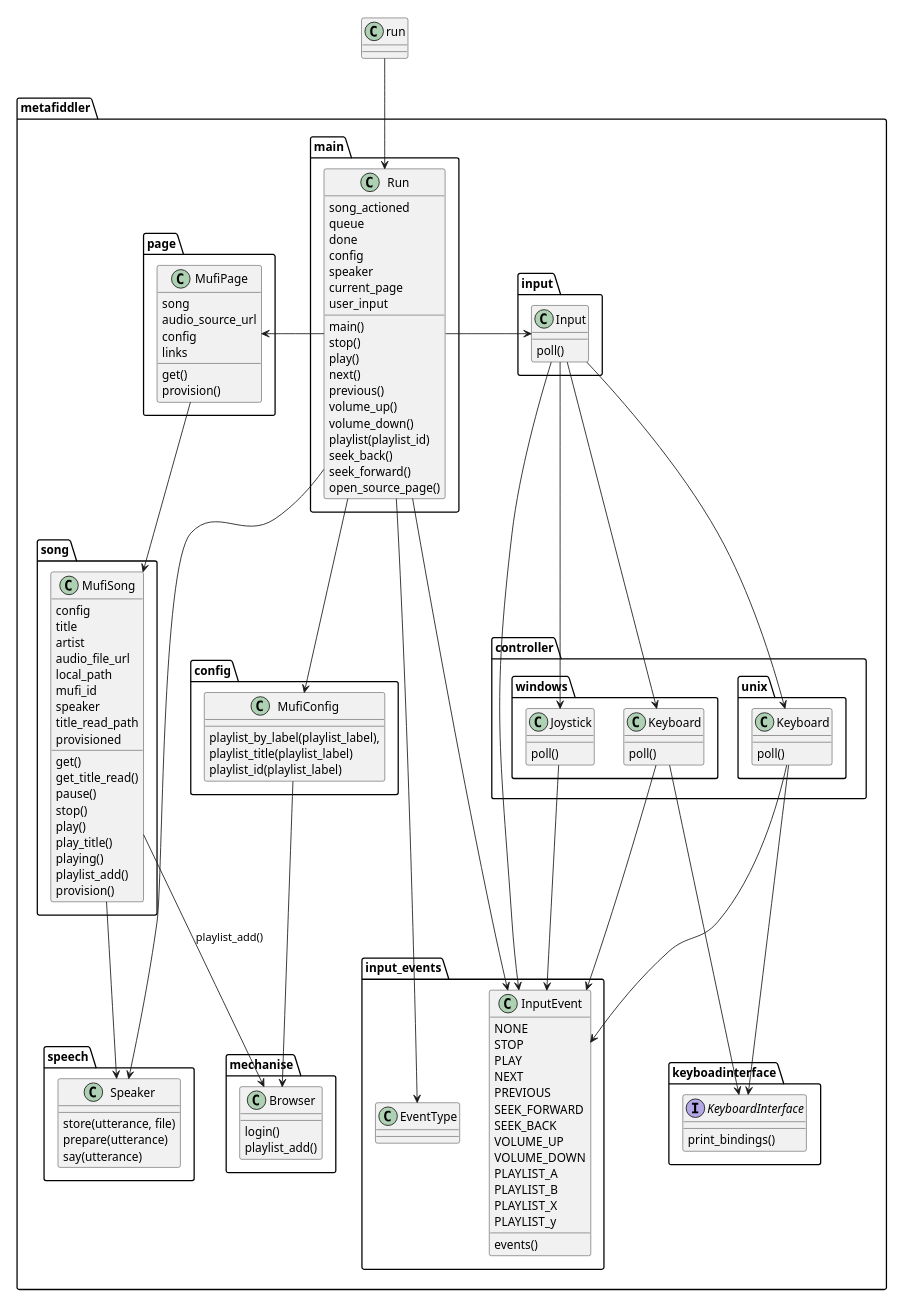
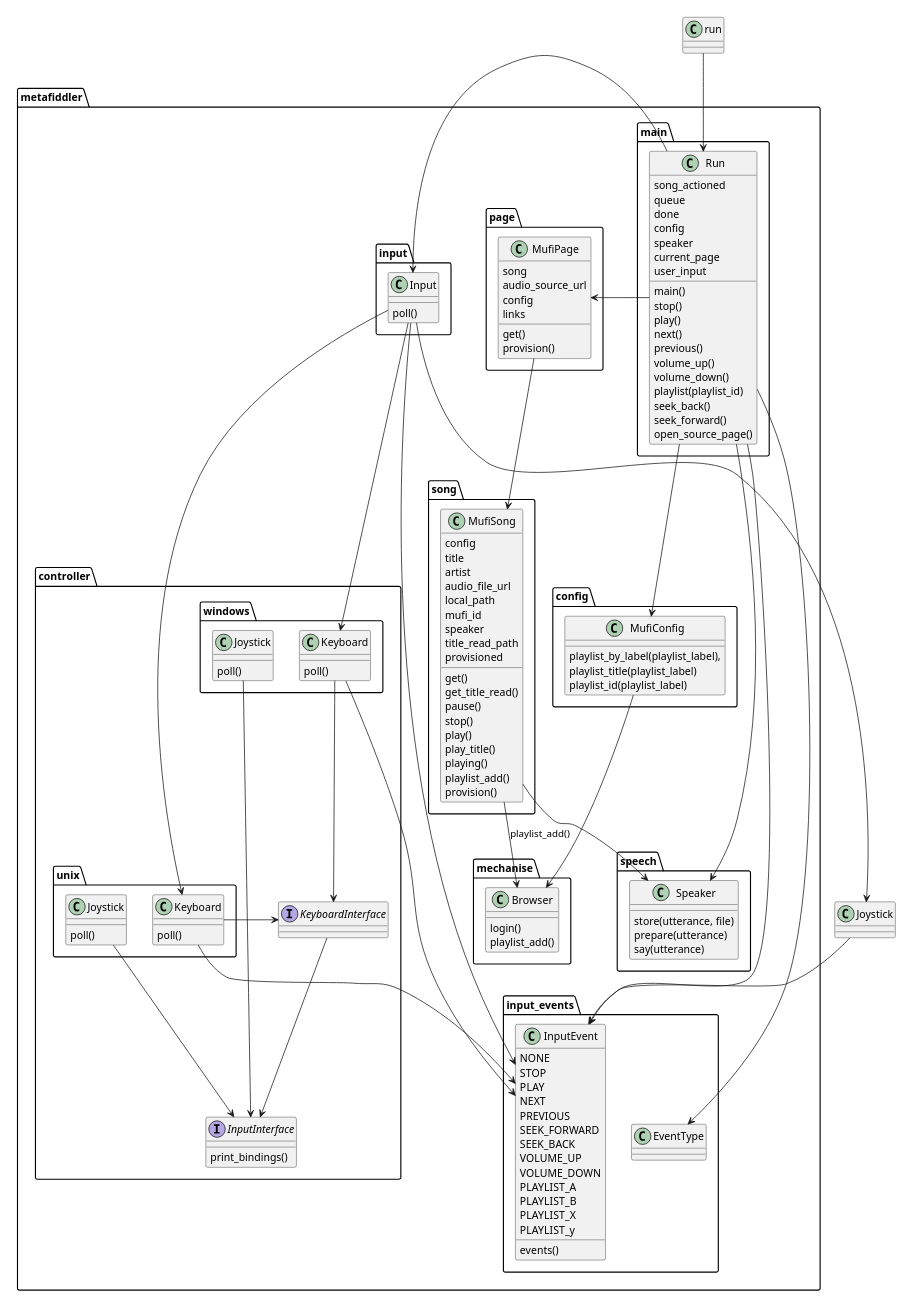
Before and after one commit to wmpollock/metafiddler: the diagram in docs/object-relation.puml, drawn with PlantUML. The commit also changed 3 other files, not shown here.

```diff
--- a/docs/object-relation.puml
+++ b/docs/object-relation.puml
@@ -1,159 +1,169 @@
 @startuml
 
 scale 1024 width 
 scale 768 height 
 
 package metafiddler {
 
   package main {
     class Run {
       song_actioned
       queue
       done
       config
       speaker
       current_page
       user_input
       main()
       stop()
       play()
       next()
       previous()
       volume_up()
       volume_down()
       playlist(playlist_id)
       seek_back()
       seek_forward()
       open_source_page()
   } 
 }
 
-  package keyboadinterface {
-    interface KeyboardInterface {
-      print_bindings()
-    }
-  }
-
+  
   package config {
     class MufiConfig {
       playlist_by_label(playlist_label),
       playlist_title(playlist_label)
       playlist_id(playlist_label)
     }
   }
   package input {
     Input : poll()  
   }
+
+  
 
   package input_events {
     class EventType
     class InputEvent {
       NONE
       STOP
       PLAY
       NEXT
       PREVIOUS
       SEEK_FORWARD  
       SEEK_BACK
       VOLUME_UP
       VOLUME_DOWN
       PLAYLIST_A
       PLAYLIST_B
       PLAYLIST_X
       PLAYLIST_y
       events()
     }
   }
   package mechanise {
     class Browser {
       login()
       playlist_add()
     }
   }
   package page {
     class MufiPage {
         song
         audio_source_url
         config
         links
         get()
         provision()
     }
   }
  package song {
     class MufiSong {
       config
       title
       artist
       audio_file_url
       local_path
       mufi_id
       speaker
       title_read_path
       provisioned
       get()
       get_title_read()
       pause()
       stop()
       play()
       play_title()
       playing()
       playlist_add()
       provision()
     }
     MufiSong --> Browser : playlist_add()
    }
   
   package speech {
     class Speaker {
       store(utterance, file)
       prepare(utterance)
       say(utterance)
     }
   }
 
   package controller {
+    interface InputInterface {
+      print_bindings()
+    }
+    interface KeyboardInterface {
+      
+    }
+    KeyboardInterface --> InputInterface
+    
     package windows {
       class Keyboard {
         poll()
       }
       
       Keyboard --> KeyboardInterface
       class Joystick {
         poll()
       }
+      Joystick --> InputInterface
     }   
     package unix {
       class "Keyboard" as kbdunix {
         poll()
       }
       kbdunix -> KeyboardInterface 
+      class Joystick {
+        poll()
+      }
+      Joystick --> InputInterface
       
     }   
 
   }
 }
 
 run --> Run 
 MufiConfig --> Browser
 
 Run -> MufiPage
 Run --> Speaker
 Run --> InputEvent
 Run --> EventType
 Run -> MufiConfig 
 Run -> Input
 
 Input --> InputEvent
 Input --> Keyboard
 Input --> Joystick
 Input --> kbdunix
 
 Keyboard-->InputEvent
 Joystick-->InputEvent
 kbdunix-->InputEvent
 
 MufiPage --> MufiSong
 MufiSong --> Speaker
 
 @enduml
```
